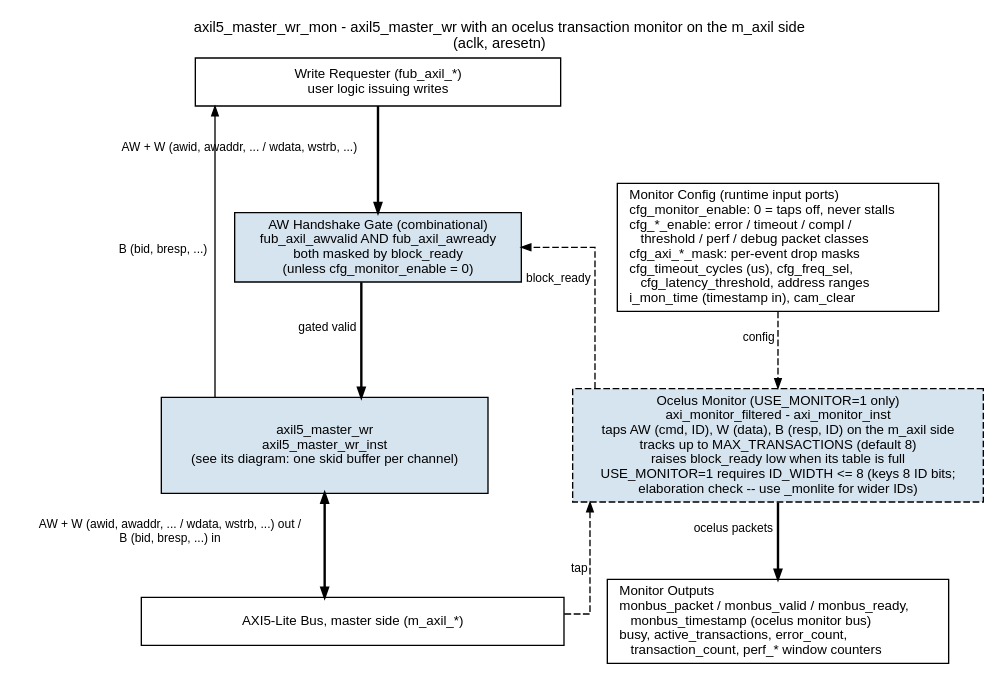
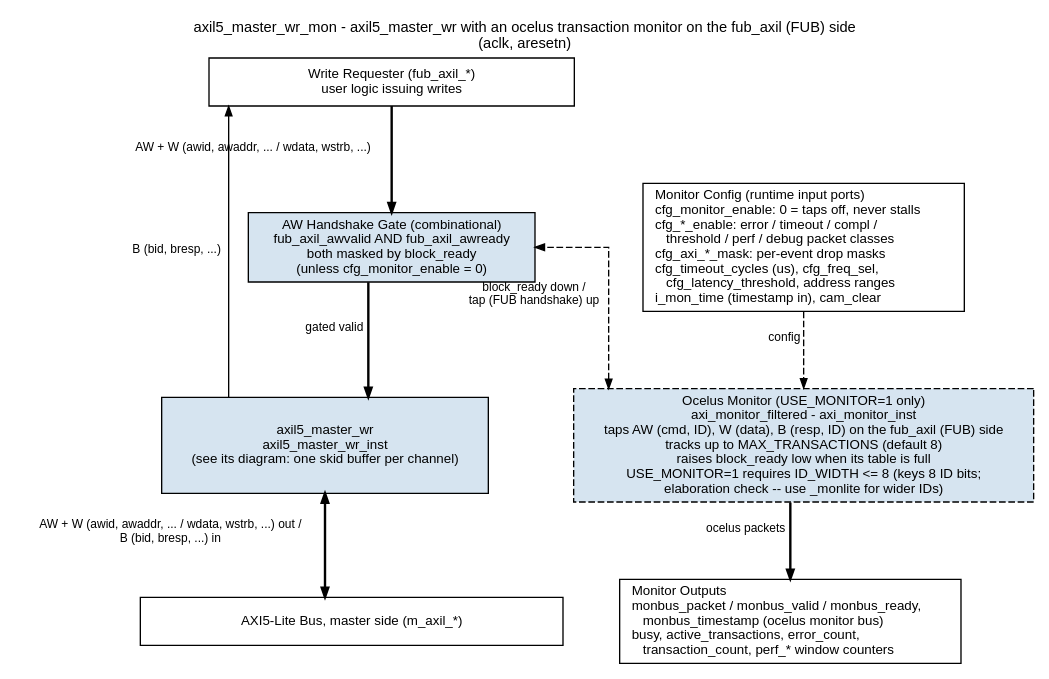
The diagram in docs/markdown/assets/rtl-amba/graphviz/axil5_master_wr_mon.dot (sean-galloway/RTLDesignSherpa), drawn with Graphviz before and after one commit. The commit also changed 118 other files, not shown here.

First line of the commit message:
fix(amba): monitors tap the FUB side; consistent busy; EARLY_BURSTS (Fixes #108, Fixes #113)

```diff
--- a/docs/markdown/assets/rtl-amba/graphviz/axil5_master_wr_mon.dot
+++ b/docs/markdown/assets/rtl-amba/graphviz/axil5_master_wr_mon.dot
@@ -1,39 +1,38 @@
 // axil5_master_wr_mon block diagram - house style (vault/handbook/authoring/block-diagrams.md).
 // Variant of axil5_master_wr: the wrapped module is ONE child box (see its own diagram);
 // only what this wrapper adds is drawn. Generated from the axil4 variant template
 // with AXI5-Lite names (IDs on every channel, i_axil5_* instances).
 // Source of truth: rtl/amba/axil5/axil5_master_wr_mon.sv.
 digraph axil5_master_wr_mon {
     graph [rankdir=TB, bgcolor="white", fontname="Helvetica", fontsize=11,
            nodesep="0.45", ranksep="0.80", splines=ortho, newrank=true,
-           label="axil5_master_wr_mon - axil5_master_wr with an ocelus transaction monitor on the m_axil side\n(aclk, aresetn)",
+           label="axil5_master_wr_mon - axil5_master_wr with an ocelus transaction monitor on the fub_axil (FUB) side\n(aclk, aresetn)",
            labelloc=t, labeljust=c];
     node  [fontname="Helvetica", fontsize=10, shape=box, style=filled,
            fillcolor="#D6E4F0", color="black", margin="0.12,0.06"];
     edge  [fontname="Helvetica", fontsize=9, color="black", arrowsize=0.7];
 
     top   [label="Write Requester (fub_axil_*)\nuser logic issuing writes", fillcolor="white", width=3.8];
     child [label="axil5_master_wr\naxil5_master_wr_inst\n(see its diagram: one skid buffer per channel)", width=3.4, height=1.0];
     bot   [label="AXI5-Lite Bus, master side (m_axil_*)", fillcolor="white", width=4.4];
 
     mcfg  [label="Monitor Config (runtime input ports)\lcfg_monitor_enable: 0 = taps off, never stalls\lcfg_*_enable: error / timeout / compl /\l    threshold / perf / debug packet classes\lcfg_axi_*_mask: per-event drop masks\lcfg_timeout_cycles (us), cfg_freq_sel,\l    cfg_latency_threshold, address ranges\li_mon_time (timestamp in), cam_clear\l", fillcolor="white"];
-    mon   [label="Ocelus Monitor (USE_MONITOR=1 only)\naxi_monitor_filtered - axi_monitor_inst\ntaps AW (cmd, ID), W (data), B (resp, ID) on the m_axil side\ntracks up to MAX_TRANSACTIONS (default 8)\nraises block_ready low when its table is full\nUSE_MONITOR=1 requires ID_WIDTH <= 8 (keys 8 ID bits;\nelaboration check -- use _monlite for wider IDs)", style="filled,dashed"];
+    mon   [label="Ocelus Monitor (USE_MONITOR=1 only)\naxi_monitor_filtered - axi_monitor_inst\ntaps AW (cmd, ID), W (data), B (resp, ID) on the fub_axil (FUB) side\ntracks up to MAX_TRANSACTIONS (default 8)\nraises block_ready low when its table is full\nUSE_MONITOR=1 requires ID_WIDTH <= 8 (keys 8 ID bits;\nelaboration check -- use _monlite for wider IDs)", style="filled,dashed"];
     gate  [label="AW Handshake Gate (combinational)\nfub_axil_awvalid AND fub_axil_awready\nboth masked by block_ready\n(unless cfg_monitor_enable = 0)"];
     mout  [label="Monitor Outputs\lmonbus_packet / monbus_valid / monbus_ready,\l    monbus_timestamp (ocelus monitor bus)\lbusy, active_transactions, error_count,\l    transaction_count, perf_* window counters\l", fillcolor="white"];
     mcfg -> mon [style=dashed, xlabel="config"];
-    mon  -> gate [style=dashed, xlabel="block_ready"];
+    mon  -> gate [style=dashed, dir=both, xlabel="block_ready down /\ntap (FUB handshake) up"];
     mon  -> mout [xlabel="ocelus packets", penwidth=1.8];
 
     top  -> gate  [xlabel="AW + W (awid, awaddr, ... / wdata, wstrb, ...)", penwidth=1.8];
     gate -> child [xlabel="gated valid", penwidth=1.8];
     child -> bot  [dir=both, xlabel="AW + W (awid, awaddr, ... / wdata, wstrb, ...) out /\nB (bid, bresp, ...) in", penwidth=1.8];
 
     top -> child [dir=back, xlabel="B (bid, bresp, ...)", constraint=false];
-    mon -> bot [dir=back, style=dashed, xlabel="tap"];
 
     { rank=same; gate; mcfg; }
     { rank=same; child; mon; }
     child -> mon [style=invis, minlen=2];
     { rank=same; bot; mout; }
     bot -> mout [style=invis];
 }
```
